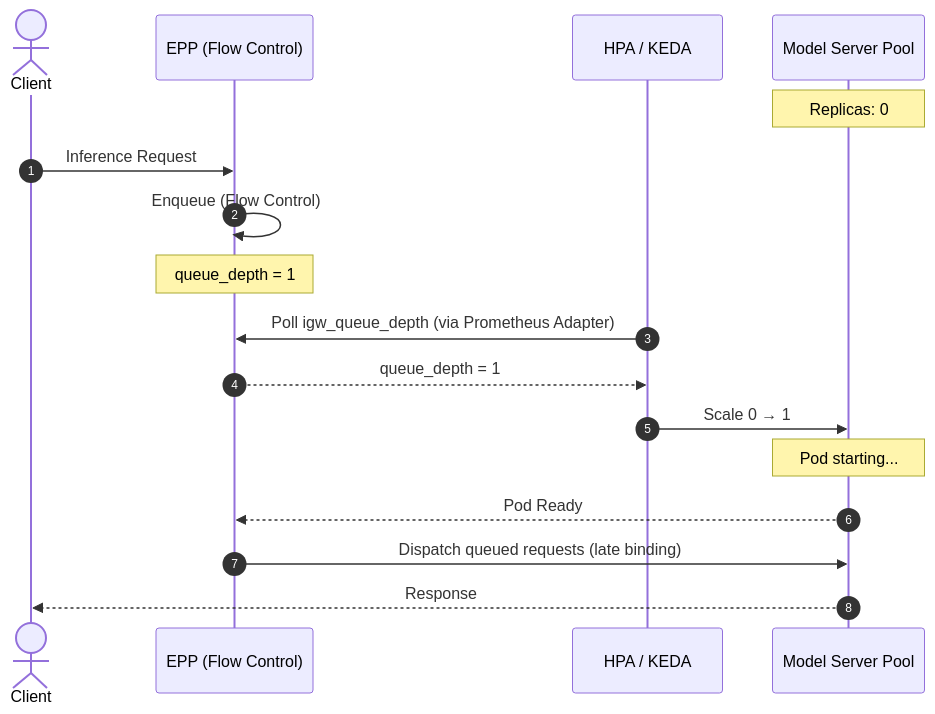
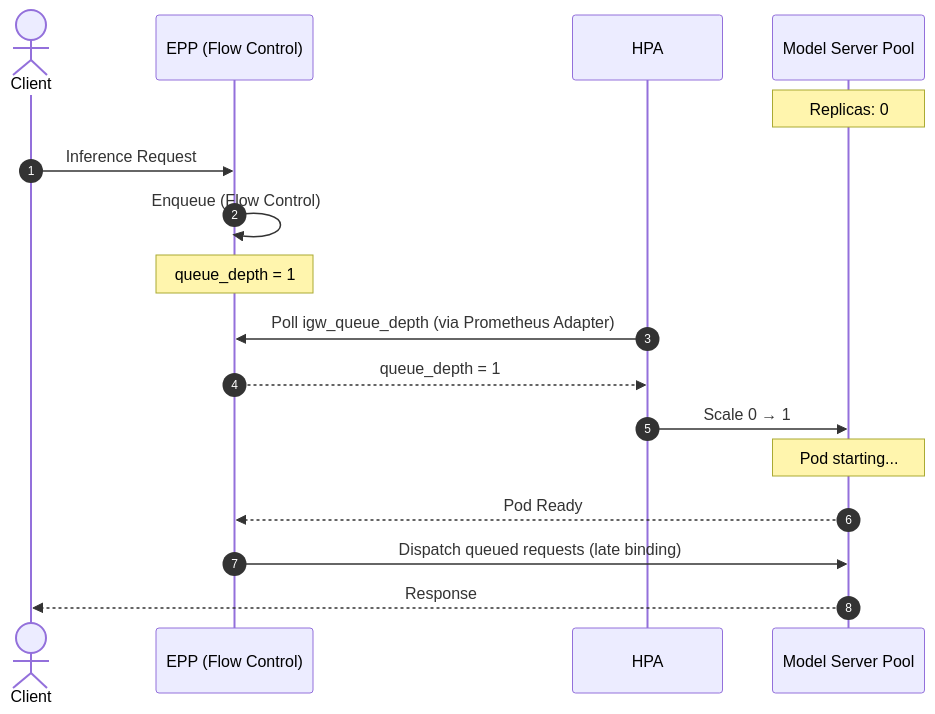
Before and after one commit to llm-d/llm-d: the diagram in docs/wip-docs-new/architecture/advanced/autoscaling/hpa-keda.md, drawn with Mermaid.

Commit message:
remove KEDA from mermaid

````diff
--- a/docs/wip-docs-new/architecture/advanced/autoscaling/hpa-keda.md
+++ b/docs/wip-docs-new/architecture/advanced/autoscaling/hpa-keda.md
@@ -57,22 +57,22 @@
 ```mermaid
 sequenceDiagram
     autonumber
     actor Client
     participant EPP as EPP (Flow Control)
-    participant HPA as HPA / KEDA
+    participant HPA as HPA
     participant Pool as Model Server Pool
 
     Note over Pool: Replicas: 0
     Client->>EPP: Inference Request
     EPP->>EPP: Enqueue (Flow Control)
     Note over EPP: queue_depth = 1
 
     HPA->>EPP: Poll igw_queue_depth (via Prometheus Adapter)
     EPP-->>HPA: queue_depth = 1
     HPA->>Pool: Scale 0 → 1
 
     Note over Pool: Pod starting...
     Pool-->>EPP: Pod Ready
     EPP->>Pool: Dispatch queued requests (late binding)
     Pool-->>Client: Response
 ```
````
